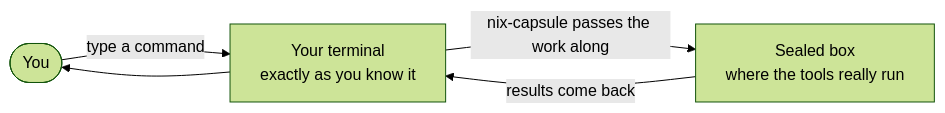
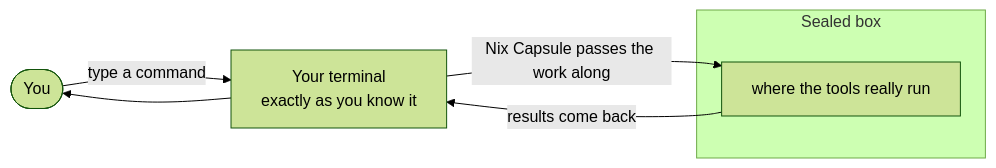
One commit to hexrustox/nix-capsule changed the diagram in README.md. Above: the diagram before and after it, drawn with Mermaid (forest theme). The commit also changed other lines of this file, not shown here.

````diff
--- a/README.md
+++ b/README.md
@@ -23,7 +27,10 @@
 ```mermaid
 flowchart LR
     U(["You"]) -- "type a command" --> T["Your terminal<br/>exactly as you know it"]
-    T -- "nix-capsule passes the work along" --> B["Sealed box<br/>where the tools really run"]
+    subgraph SB["Sealed box"]
+        B["where the tools really run"]
+    end
+    T -- "Nix Capsule passes the work along" --> B
     B -- "results come back" --> T
     T --> U
 ```
````
